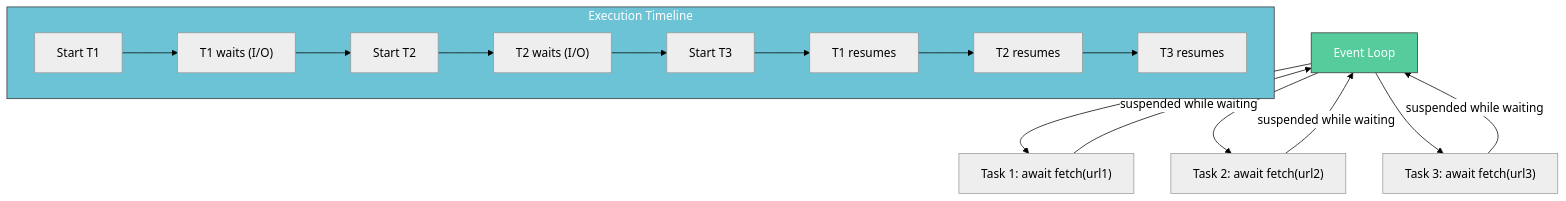
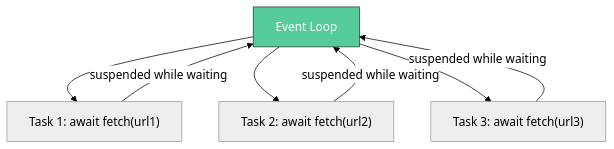
Before and after one commit to tanquangduong/tanquangduong.github.io: the first of 11 diagrams in posts/swe-interview/Python-SWE-Interview-QA-2.qmd, drawn with Mermaid (neutral theme). The commit also changed other lines of this file and 12 other files, not shown here.

````diff
--- a/posts/swe-interview/Python-SWE-Interview-QA-2.qmd
+++ b/posts/swe-interview/Python-SWE-Interview-QA-2.qmd
@@ -35,26 +35,14 @@
 ```{mermaid}
 graph TD
     linkStyle default stroke:#000,color:#000
     EL["Event Loop"]
     EL --> T1["Task 1: await fetch(url1)"]
     EL --> T2["Task 2: await fetch(url2)"]
     EL --> T3["Task 3: await fetch(url3)"]
 
     T1 -->|"suspended while waiting"| EL
     T2 -->|"suspended while waiting"| EL
     T3 -->|"suspended while waiting"| EL
 
-    subgraph Timeline["Execution Timeline"]
-        direction LR
-        S1["Start T1"] --> W1["T1 waits (I/O)"]
-        W1 --> S2["Start T2"]
-        S2 --> W2["T2 waits (I/O)"]
-        W2 --> S3["Start T3"]
-        S3 --> R1["T1 resumes"]
-        R1 --> R2["T2 resumes"]
-        R2 --> R3["T3 resumes"]
-    end
-
     style EL fill:#56cc9d,stroke:#333,color:#fff
-    style Timeline fill:#6cc3d5,stroke:#333,color:#fff
 ```
````
